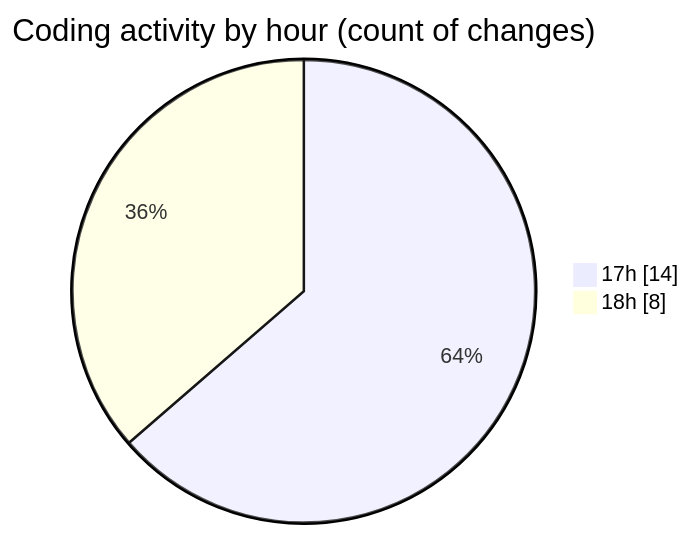
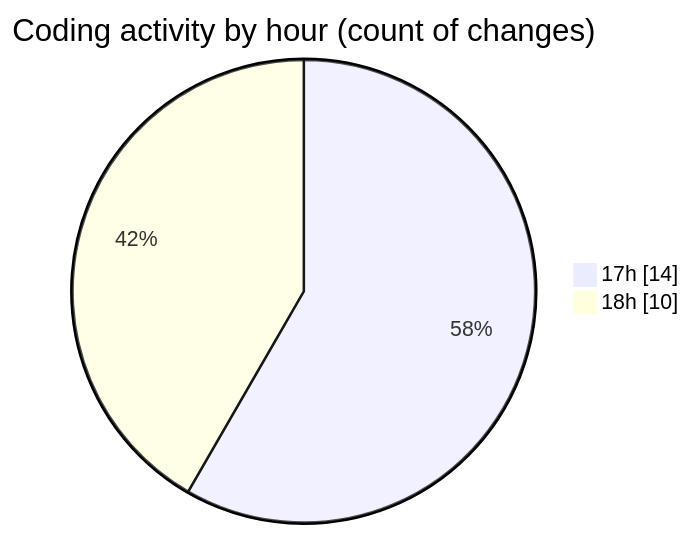
One commit to idhammustaqopulfikri/code-tracking changed the second of 2 diagrams in 2025-10-05/lapangan-futsal/README.md. Above: the diagram before and after it, drawn with Mermaid. The commit also changed other lines of this file and 1 other file, not shown here.

````diff
--- a/2025-10-05/lapangan-futsal/README.md
+++ b/2025-10-05/lapangan-futsal/README.md
@@ -40,6 +42,6 @@
 ```mermaid
 pie showData
 title Coding activity by hour (count of changes)
 "17h" : 14
-"18h" : 8
+"18h" : 10
 ```
````
